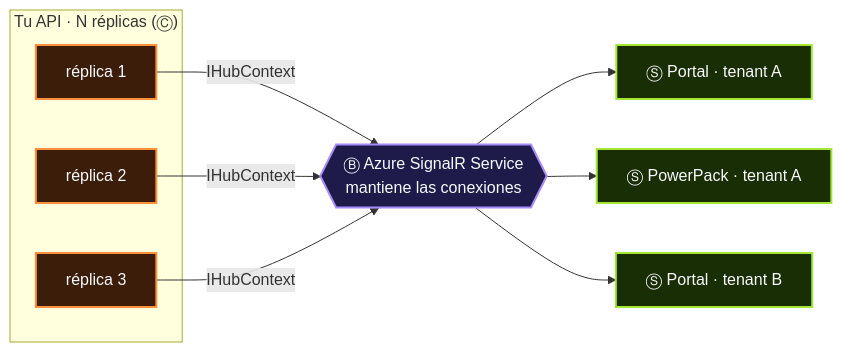
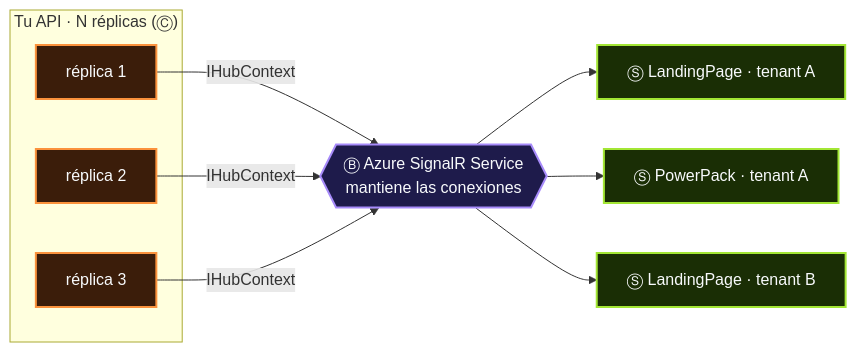
The second of 2 diagrams in docs/06-entrega.md (CristianSifuentes/QuickTheoryNET), drawn with Mermaid before and after one commit. The commit also changed other lines of this file and 23 other files, not shown here.

First line of the commit message:
Rename the Portal project to LandingPage

````diff
--- a/docs/06-entrega.md
+++ b/docs/06-entrega.md
@@ -86,15 +86,15 @@
 ```mermaid
 flowchart LR
     subgraph API["Tu API · N réplicas (Ⓒ)"]
         R1["réplica 1"]:::C
         R2["réplica 2"]:::C
         R3["réplica 3"]:::C
     end
     R1 & R2 & R3 -->|"IHubContext"| SR{{"Ⓑ Azure SignalR Service<br/>mantiene las conexiones"}}:::B
-    SR --> U1["Ⓢ Portal · tenant A"]:::S
+    SR --> U1["Ⓢ LandingPage · tenant A"]:::S
     SR --> U2["Ⓢ PowerPack · tenant A"]:::S
-    SR --> U3["Ⓢ Portal · tenant B"]:::S
+    SR --> U3["Ⓢ LandingPage · tenant B"]:::S
     classDef B fill:#1E1B4B,stroke:#A78BFA,color:#F8FAFC,stroke-width:2px
     classDef C fill:#3B1D0A,stroke:#FB923C,color:#F8FAFC,stroke-width:2px
     classDef S fill:#1A2E05,stroke:#A3E635,color:#F8FAFC,stroke-width:2px
 ```
````
